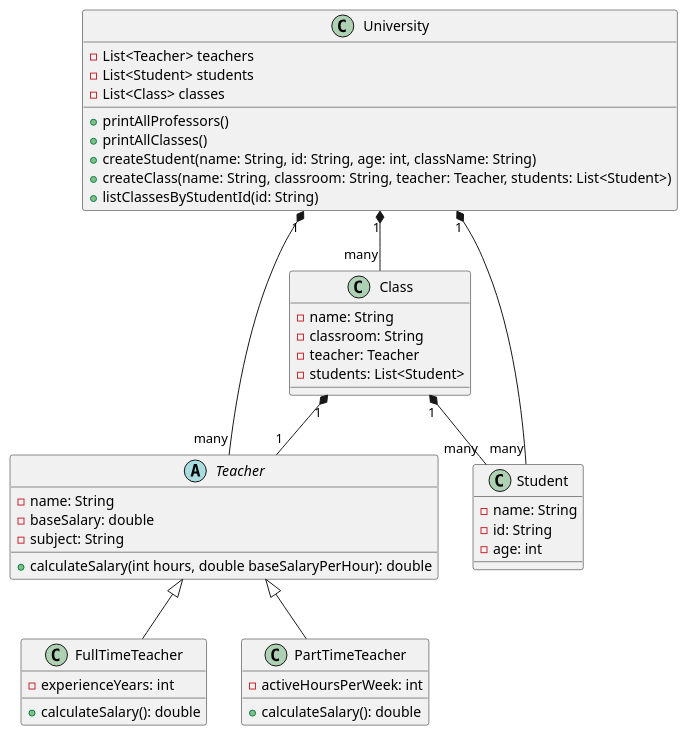
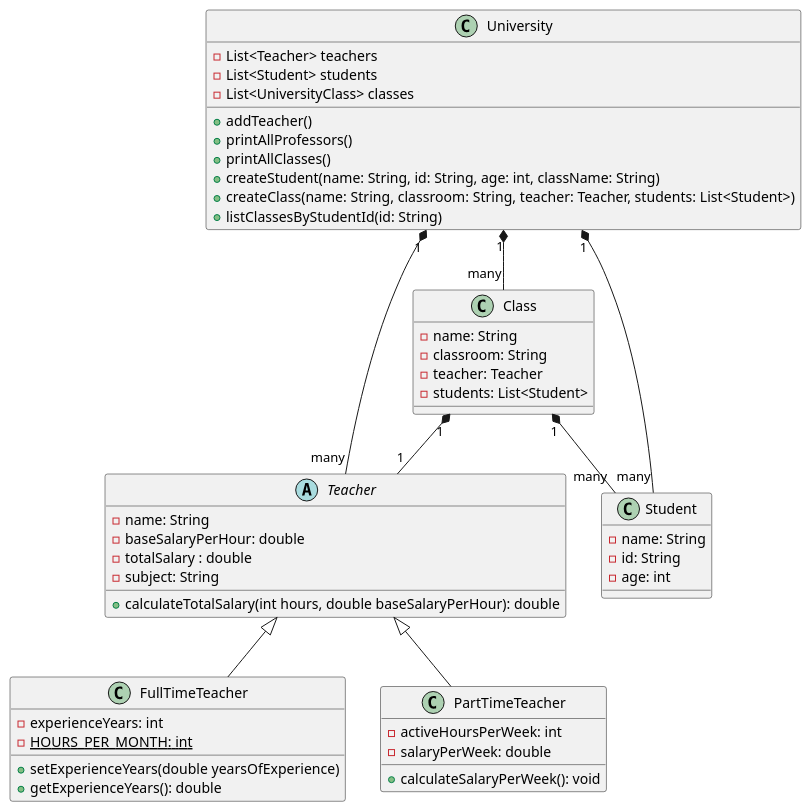
The diagram in tracking_university_classes/src/final_project.puml (Fajardo9/University_Final_Project), drawn with PlantUML before and after one commit. The commit also changed 11 other files, not shown here.

```diff
--- a/tracking_university_classes/src/final_project.puml
+++ b/tracking_university_classes/src/final_project.puml
@@ -1,49 +1,54 @@
 @startuml
 class University {
     -List<Teacher> teachers
     -List<Student> students
-    -List<Class> classes
+    -List<UniversityClass> classes
+    +addTeacher()
     +printAllProfessors()
     +printAllClasses()
     +createStudent(name: String, id: String, age: int, className: String)
     +createClass(name: String, classroom: String, teacher: Teacher, students: List<Student>)
     +listClassesByStudentId(id: String)
 }
 
 abstract class Teacher {
     -name: String
-    -baseSalary: double
+    -baseSalaryPerHour: double
+    -totalSalary : double
     -subject: String
-    +calculateSalary(int hours, double baseSalaryPerHour): double
+    +calculateTotalSalary(int hours, double baseSalaryPerHour): double
 
 }
 
 class FullTimeTeacher extends Teacher {
     -experienceYears: int
-    +calculateSalary(): double
+    -{static} HOURS_PER_MONTH: int
+    +setExperienceYears(double yearsOfExperience)
+    +getExperienceYears(): double
 }
 
 class PartTimeTeacher extends Teacher {
     -activeHoursPerWeek: int
-    +calculateSalary(): double
+    -salaryPerWeek: double
+    +calculateSalaryPerWeek(): void
 }
 
 class Student {
     -name: String
     -id: String
     -age: int
 }
 
 class Class {
     -name: String
     -classroom: String
     -teacher: Teacher
     -students: List<Student>
 }
 
 University "1" *-- "many" Teacher
 University "1" *-- "many" Student
 University "1" *-- "many" Class
 Class "1" *-- "1" Teacher
 Class "1" *-- "many" Student
 @enduml
```
